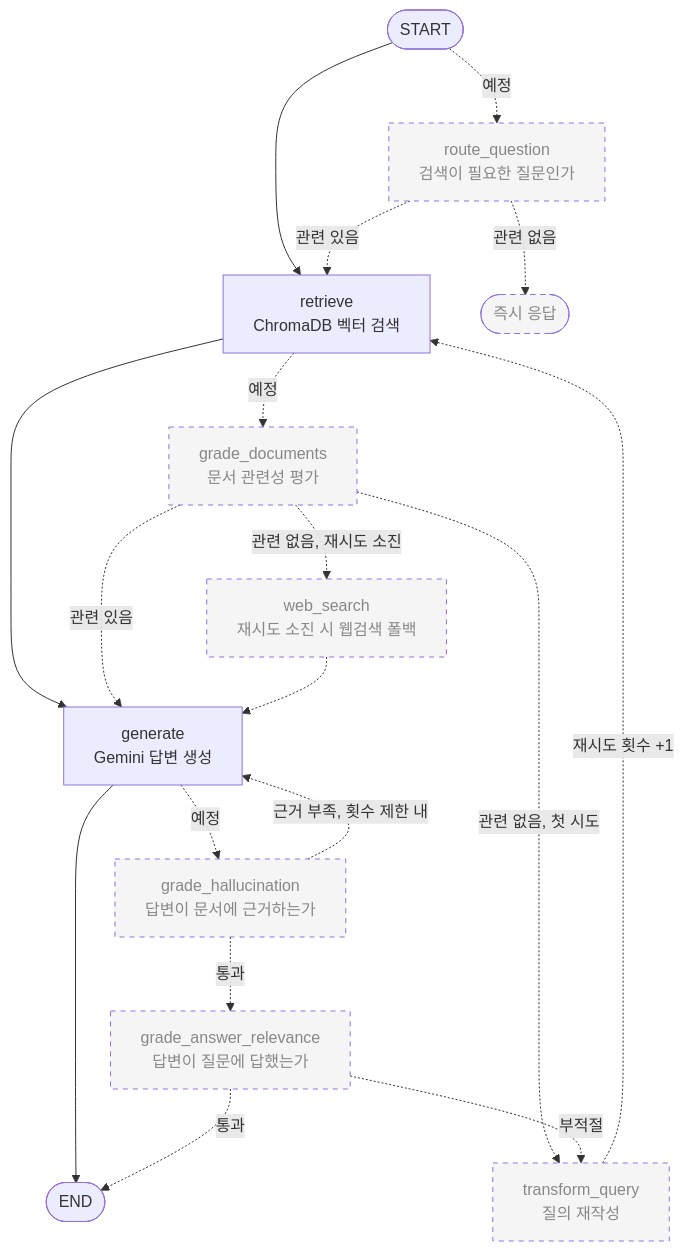
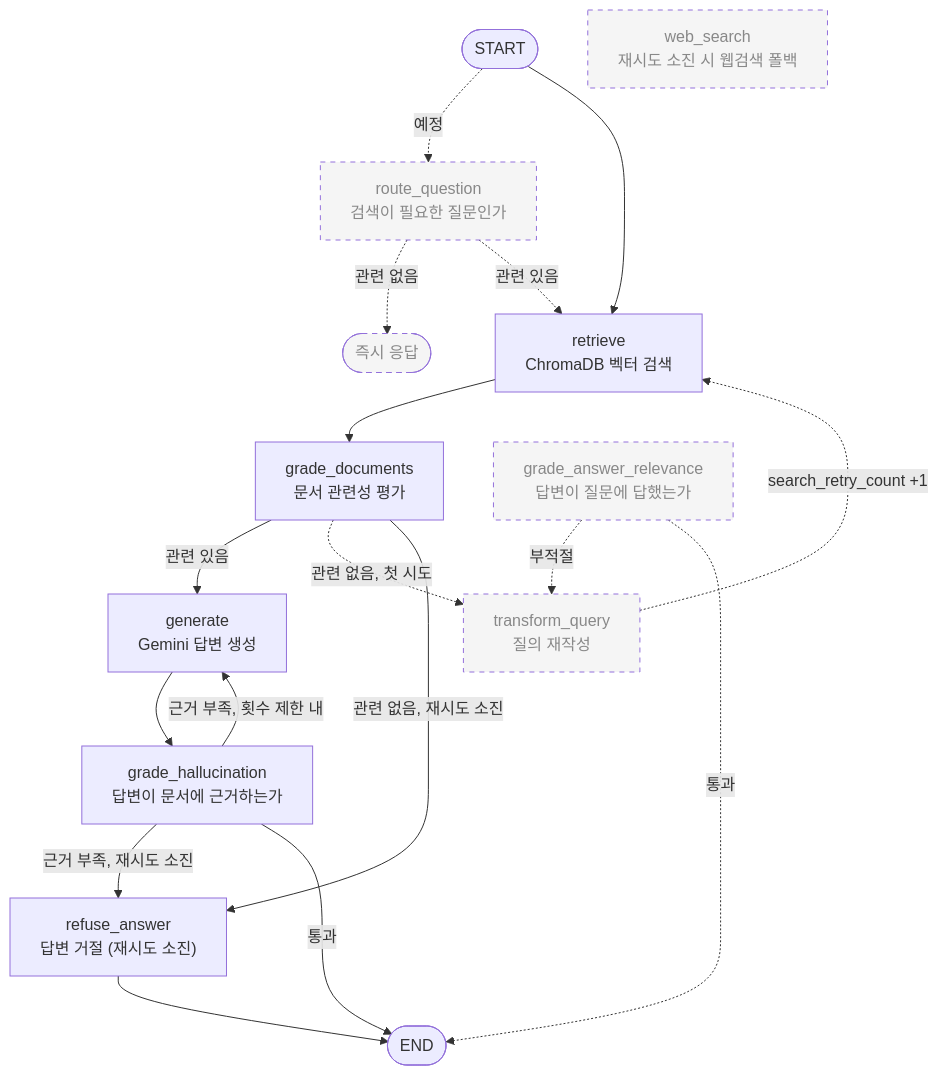
One commit to hochan00/langgraph-agent changed the second of 4 diagrams in README.md. Above: the diagram before and after it, drawn with Mermaid. The commit also changed other lines of this file, not shown here.

````diff
--- a/README.md
+++ b/README.md
@@ -90,36 +90,37 @@
 ```mermaid
 flowchart TD
     START([START]) -.->|예정| routeQ
     START --> retrieve
 
     routeQ["route_question<br/>검색이 필요한 질문인가"]:::planned
     retrieve["retrieve<br/>ChromaDB 벡터 검색"]
-    gradeDoc["grade_documents<br/>문서 관련성 평가"]:::planned
+    gradeDoc["grade_documents<br/>문서 관련성 평가"]
     transform["transform_query<br/>질의 재작성"]:::planned
     web["web_search<br/>재시도 소진 시 웹검색 폴백"]:::planned
     generate["generate<br/>Gemini 답변 생성"]
-    gradeHallu["grade_hallucination<br/>답변이 문서에 근거하는가"]:::planned
+    gradeHallu["grade_hallucination<br/>답변이 문서에 근거하는가"]
+    refuse["refuse_answer<br/>답변 거절 (재시도 소진)"]
     gradeAns["grade_answer_relevance<br/>답변이 질문에 답했는가"]:::planned
 
     routeQ -.->|관련 없음| directEnd([즉시 응답]):::planned
     routeQ -.->|관련 있음| retrieve
 
-    retrieve --> generate
-    retrieve -.->|예정| gradeDoc
+    retrieve --> gradeDoc
 
-    gradeDoc -.->|관련 있음| generate
+    gradeDoc -->|관련 있음| generate
     gradeDoc -.->|관련 없음, 첫 시도| transform
-    gradeDoc -.->|관련 없음, 재시도 소진| web
-    transform -.->|재시도 횟수 +1| retrieve
-    web -.-> generate
+    gradeDoc -->|관련 없음, 재시도 소진| refuse
+    transform -.->|search_retry_count +1| retrieve
 
-    generate --> END([END])
-    generate -.->|예정| gradeHallu
+    generate --> gradeHallu
 
-    gradeHallu -.->|근거 부족, 횟수 제한 내| generate
-    gradeHallu -.->|통과| gradeAns
+    gradeHallu -->|근거 부족, 횟수 제한 내| generate
+    gradeHallu -->|근거 부족, 재시도 소진| refuse
+    gradeHallu -->|통과| END([END])
+    refuse --> END
+
     gradeAns -.->|부적절| transform
     gradeAns -.->|통과| END
 
     classDef planned stroke-dasharray: 5 5,fill:#f5f5f5,color:#888;
 ```
````
